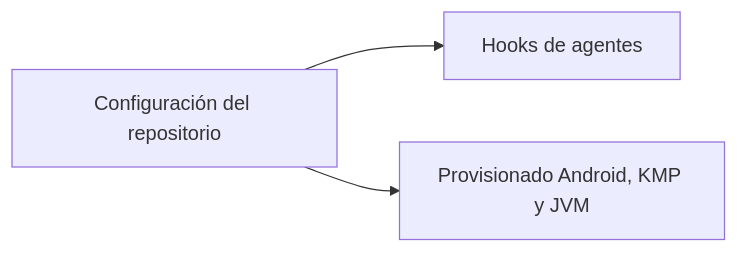
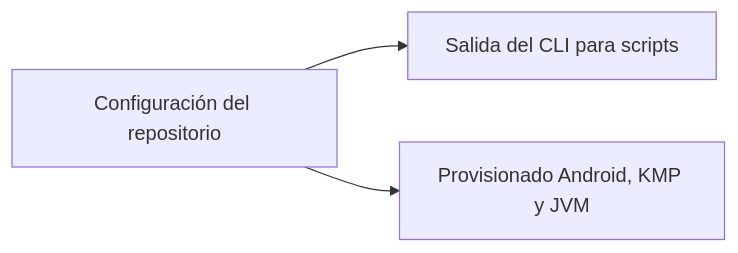
The diagram in docs/roadmap.es.md (LuxionServer/ShogunAi), drawn with Mermaid before and after one commit. The commit also changed other lines of this file and 25 other files, not shown here.

````diff
--- a/docs/roadmap.es.md
+++ b/docs/roadmap.es.md
@@ -17,5 +17,5 @@
 ```mermaid
 graph LR
-    A["Configuración del repositorio"] --> B["Hooks de agentes"]
+    A["Configuración del repositorio"] --> B["Salida del CLI para scripts"]
     A --> D["Provisionado Android, KMP y JVM"]
 ```
````
